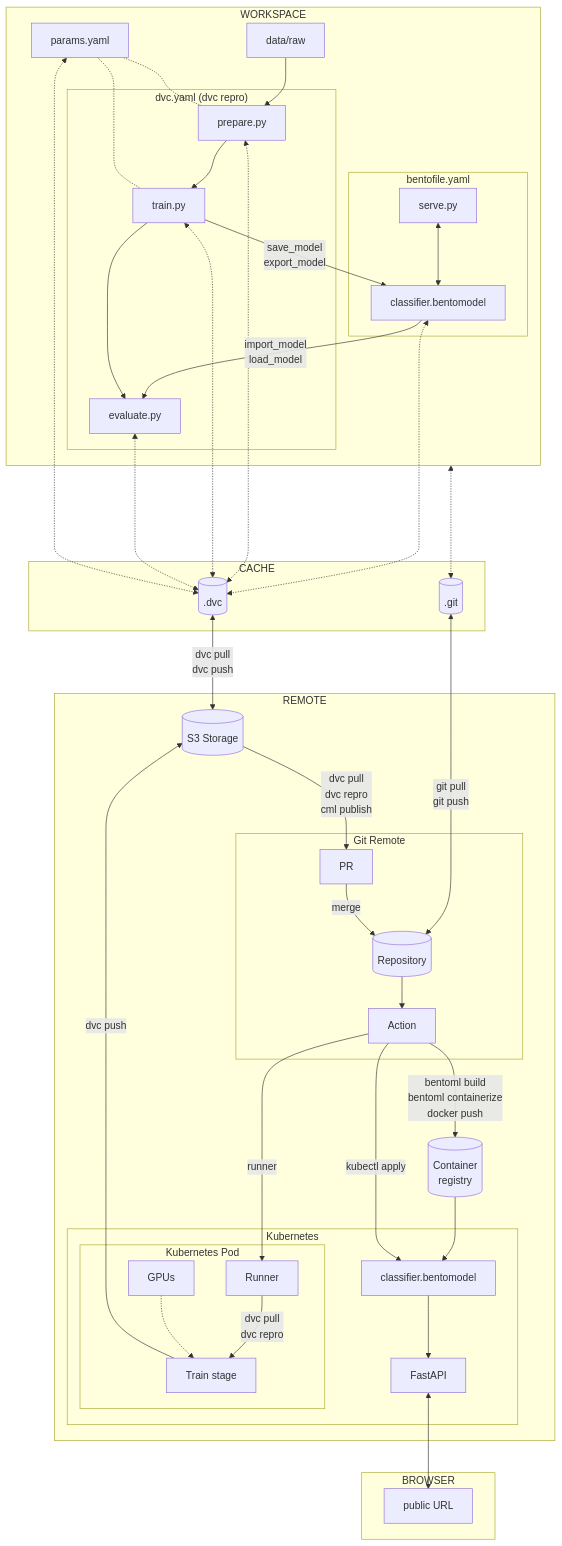
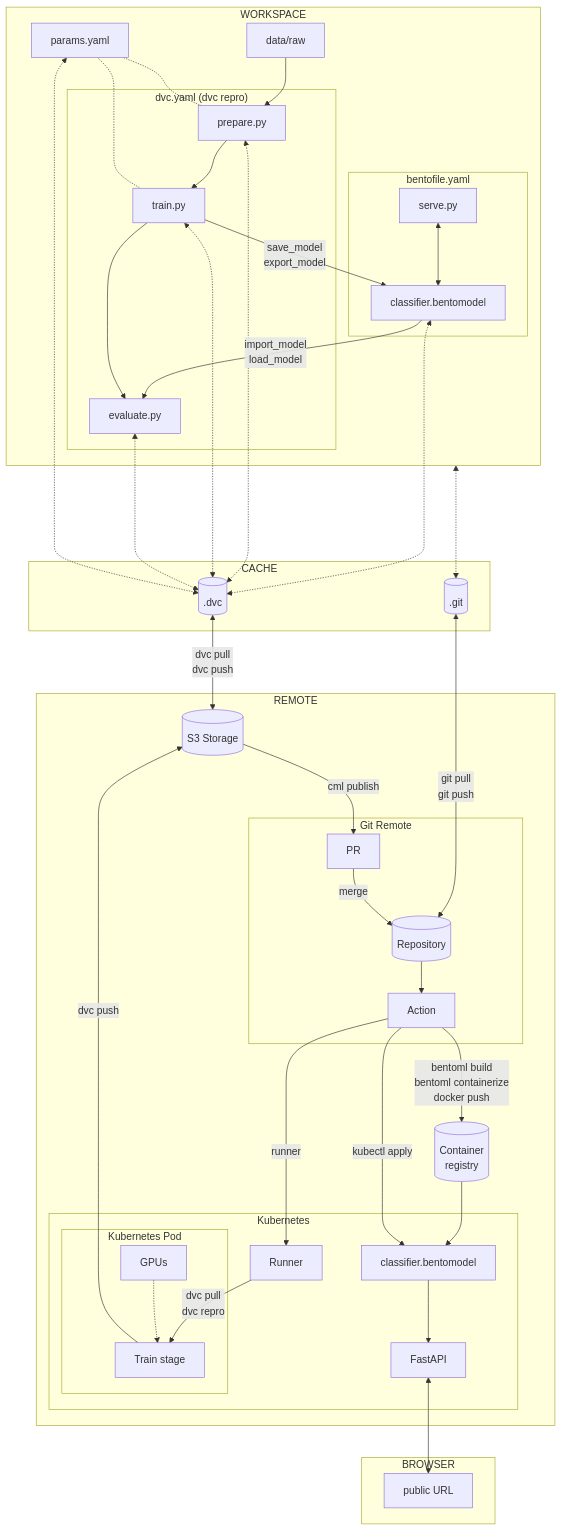
The diagram in docs/part-3-serve-and-deploy-the-model/conclusion.md (swiss-ai-center/a-guide-to-mlops), drawn with Mermaid before and after one commit.

Commit message:
Minor fix on conclusion graph

````diff
--- a/docs/part-3-serve-and-deploy-the-model/conclusion.md
+++ b/docs/part-3-serve-and-deploy-the-model/conclusion.md
@@ -18,69 +18,67 @@
 ```mermaid
 graph TB
     dot_dvc[(.dvc)] <-->|dvc pull
                          dvc push| s3_storage[(S3 Storage)]
     dot_git[(.git)] <-->|git pull
                          git push| repository[(Repository)]
     workspaceGraph <-....-> dot_git
     data[data/raw]
 
     subgraph cacheGraph[CACHE]
         dot_dvc
         dot_git
     end
 
     subgraph workspaceGraph[WORKSPACE]
         bento_model[classifier.bentomodel] <-.-> dot_dvc
         prepare[prepare.py] <-.-> dot_dvc
         train[train.py] <-.-> dot_dvc
         evaluate[evaluate.py] <-.-> dot_dvc
         data --> prepare
         bento_model --> |import_model
                          load_model|evaluate
         train --> |save_model
                    export_model|bento_model
         subgraph dvcGraph["dvc.yaml (dvc repro)"]
             prepare --> train
             train --> evaluate
         end
         params[params.yaml] -.- prepare
         params -.- train
         params <-.-> dot_dvc
         subgraph bentoGraph[bentofile.yaml]
             bento_model
             serve[serve.py] <--> bento_model
         end
     end
 
     subgraph remoteGraph[REMOTE]
         s3_storage
         subgraph gitGraph[Git Remote]
             repository[(Repository)] --> action[Action]
             request[PR] --> |merge|repository
         end
-        registry[(Container\nregistry)]
         action --> |bentoml build
                     bentoml containerize
                     docker push|registry
-        s3_storage --> |dvc pull
-                        dvc repro
-                        cml publish|request
+        s3_storage --> |cml publish|request
         subgraph clusterGraph[Kubernetes]
+            pod_runner[Runner] -->|dvc pull
+                                   dvc repro| pod_train
             subgraph clusterPodGraph[Kubernetes Pod]
-                pod_runner[Runner] -->|dvc pull
-                                       dvc repro| pod_train[Train stage]
+                pod_train[Train stage]
                 k8s_gpu[GPUs] -.-> pod_train
             end
             bento_service_cluster[classifier.bentomodel] --> k8s_fastapi[FastAPI]
         end
         action --> |runner|pod_runner
         pod_train -->|dvc push| s3_storage
         registry[(Container
                   registry)] --> bento_service_cluster
         action --> |kubectl apply|bento_service_cluster
     end
 
     subgraph browserGraph[BROWSER]
         k8s_fastapi <--> publicURL["public URL"]
     end
 ```
````
